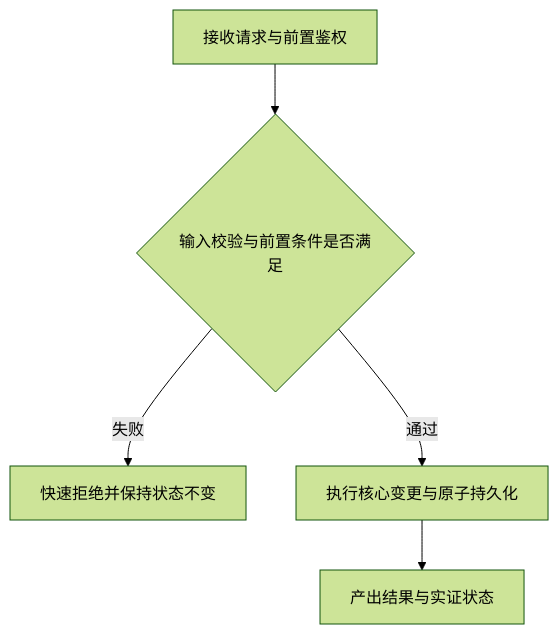
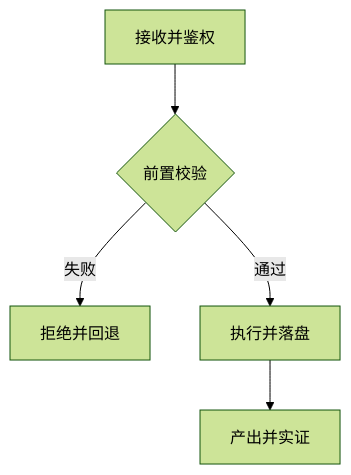
Before and after one commit to FiretrUCK666/project-forge: the second of 4 diagrams in templates/docs-tdd.md, drawn with Mermaid (forest theme). The commit also changed other lines of this file and 29 other files, not shown here.

Commit message:
同步升级模板体系、技术设计文档、双语门面与矢量图并对齐两档治理契约

````diff
--- a/templates/docs-tdd.md
+++ b/templates/docs-tdd.md
@@ -75,7 +93,7 @@
 ```mermaid
 flowchart TD
-  S0["接收请求与前置鉴权"] --> S1{"输入校验与前置条件是否满足"}
-  S1 -- "失败" --> Err["快速拒绝并保持状态不变"]
-  S1 -- "通过" --> S2["执行核心变更与原子持久化"]
-  S2 --> S3["产出结果与实证状态"]
+  S0["接收并鉴权"] --> S1{"前置校验"}
+  S1 -- "失败" --> Err["拒绝并回退"]
+  S1 -- "通过" --> S2["执行并落盘"]
+  S2 --> S3["产出并实证"]
 ```
````
